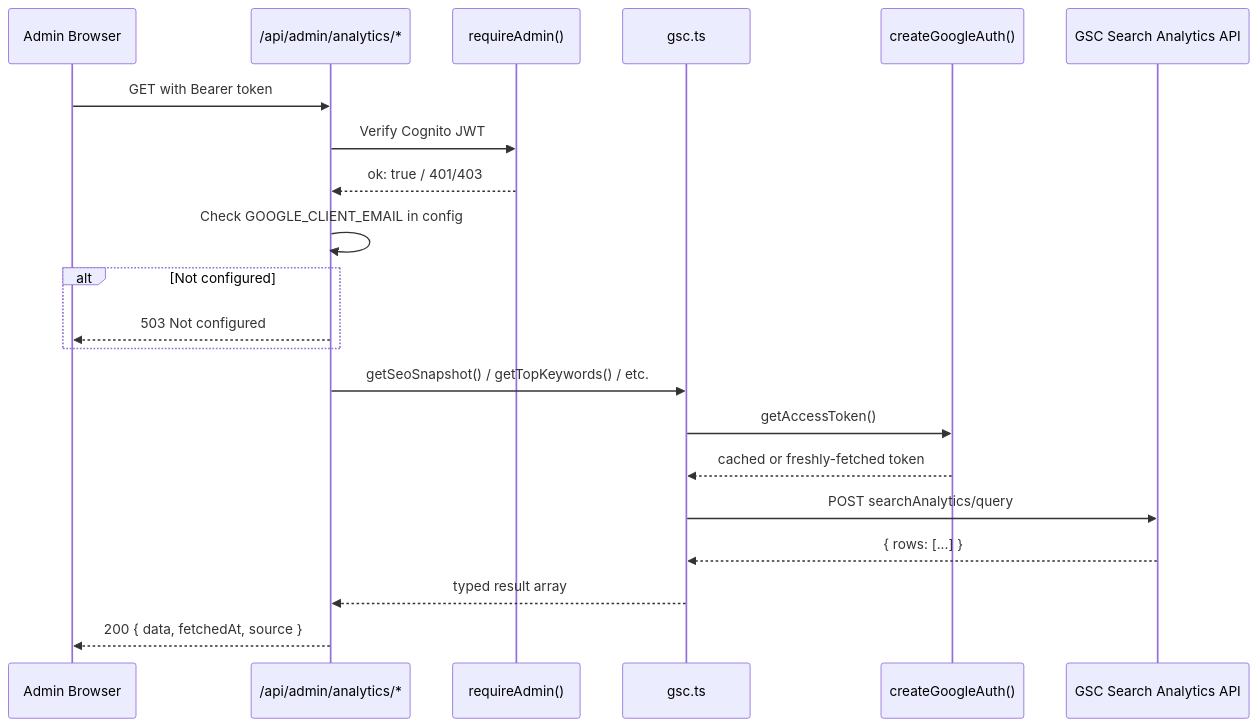
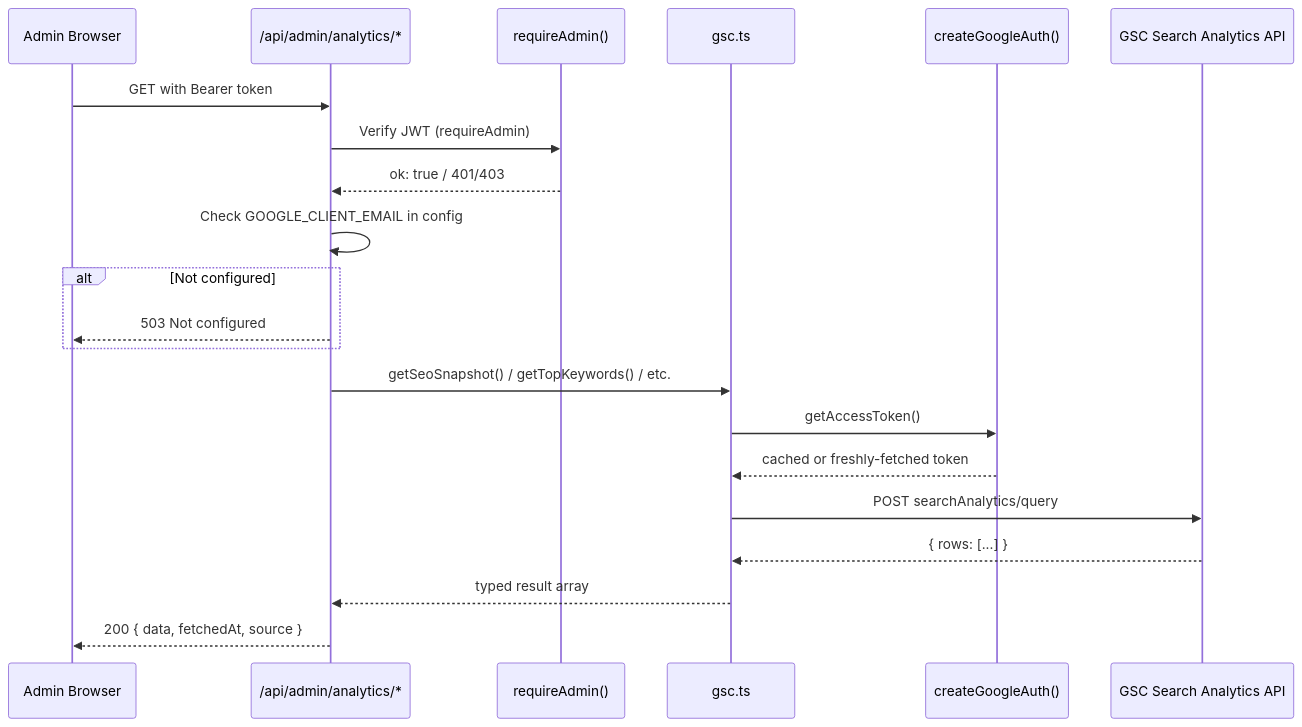
One commit to Themis128/cloudless.gr changed the second of 2 diagrams in docs/GSC.md. Above: the diagram before and after it, drawn with Mermaid. The commit also changed other lines of this file and 8 other files, not shown here.

First line of the commit message:
docs: replace stale Cognito JWT annotations across integration docs

````diff
--- a/docs/GSC.md
+++ b/docs/GSC.md
@@ -187,26 +187,26 @@
 ```mermaid
 sequenceDiagram
     participant Admin as Admin Browser
     participant Route as /api/admin/analytics/*
     participant Auth as requireAdmin()
     participant GSCLib as gsc.ts
     participant GAuth as createGoogleAuth()
     participant GSC as GSC Search Analytics API
 
     Admin->>Route: GET with Bearer token
-    Route->>Auth: Verify Cognito JWT
+    Route->>Auth: Verify JWT (requireAdmin)
     Auth-->>Route: ok: true / 401/403
 
     Route->>Route: Check GOOGLE_CLIENT_EMAIL in config
     alt Not configured
         Route-->>Admin: 503 Not configured
     end
 
     Route->>GSCLib: getSeoSnapshot() / getTopKeywords() / etc.
     GSCLib->>GAuth: getAccessToken()
     GAuth-->>GSCLib: cached or freshly-fetched token
     GSCLib->>GSC: POST searchAnalytics/query
     GSC-->>GSCLib: { rows: [...] }
     GSCLib-->>Route: typed result array
     Route-->>Admin: 200 { data, fetchedAt, source }
 ```
````
